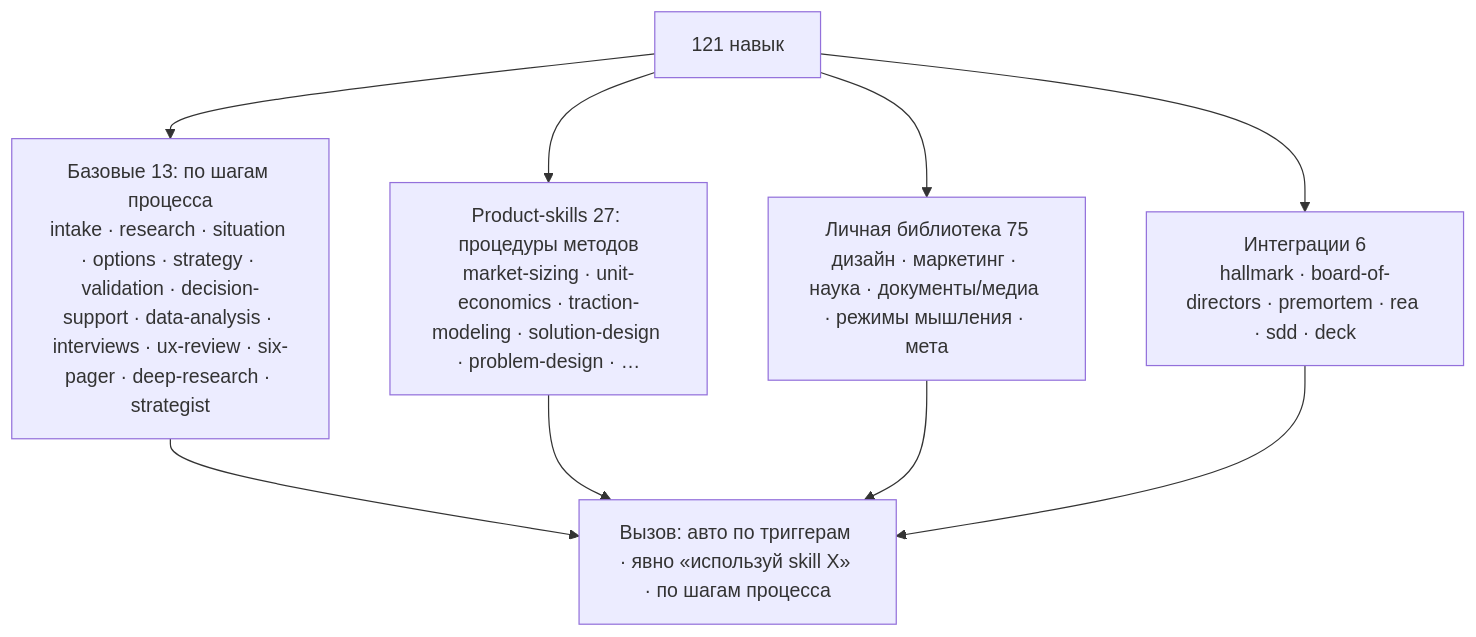
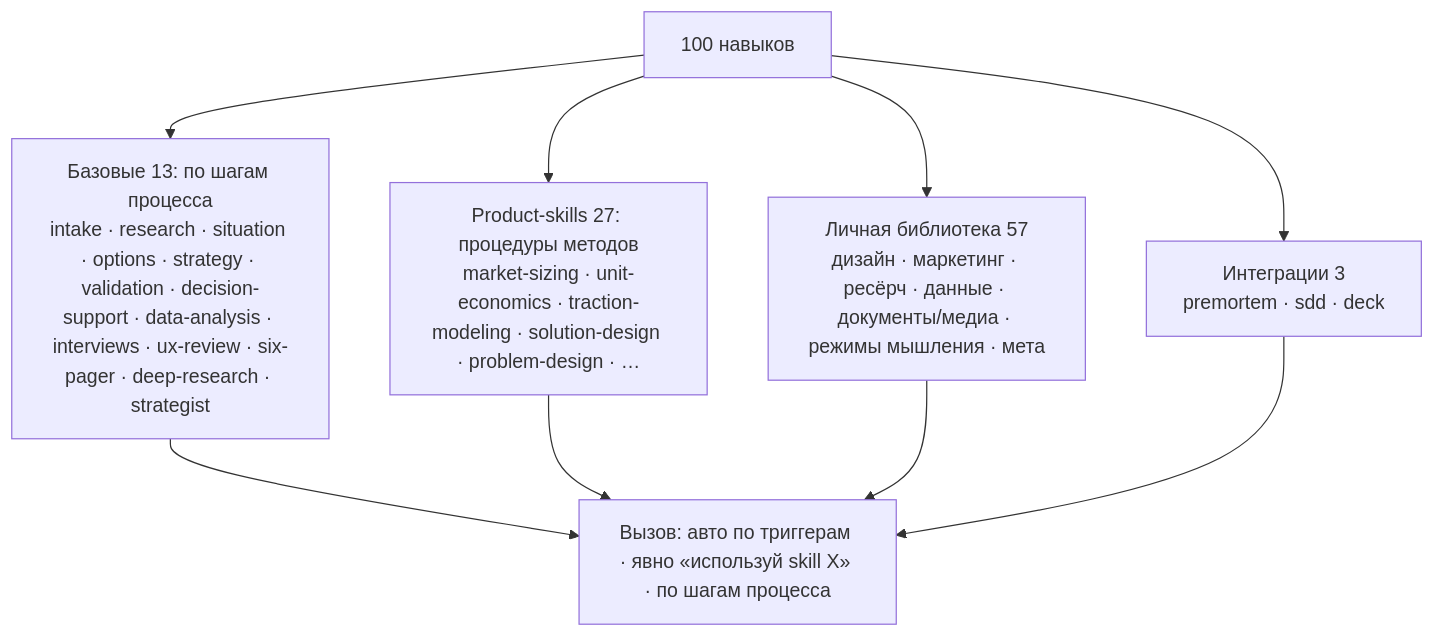
One commit to Fighter90/product-factory-strategist changed the third of 4 diagrams in README.md. Above: the diagram before and after it, drawn with Mermaid. The commit also changed other lines of this file and 346 other files, not shown here.

````diff
--- a/README.md
+++ b/README.md
@@ -219,8 +219,8 @@
 ```mermaid
 flowchart TB
-  SK["121 навык"] --> B["Базовые 13: по шагам процесса<br/>intake · research · situation · options · strategy · validation · decision-support · data-analysis · interviews · ux-review · six-pager · deep-research · strategist"]
+  SK["100 навыков"] --> B["Базовые 13: по шагам процесса<br/>intake · research · situation · options · strategy · validation · decision-support · data-analysis · interviews · ux-review · six-pager · deep-research · strategist"]
   SK --> P["Product-skills 27: процедуры методов<br/>market-sizing · unit-economics · traction-modeling · solution-design · problem-design · …"]
-  SK --> L["Личная библиотека 75<br/>дизайн · маркетинг · наука · документы/медиа · режимы мышления · мета"]
-  SK --> INT["Интеграции 6<br/>hallmark · board-of-directors · premortem · rea · sdd · deck"]
+  SK --> L["Личная библиотека 57<br/>дизайн · маркетинг · ресёрч · данные · документы/медиа · режимы мышления · мета"]
+  SK --> INT["Интеграции 3<br/>premortem · sdd · deck"]
   B & P & L & INT --> INV["Вызов: авто по триггерам · явно «используй skill X» · по шагам процесса"]
 ```
````
